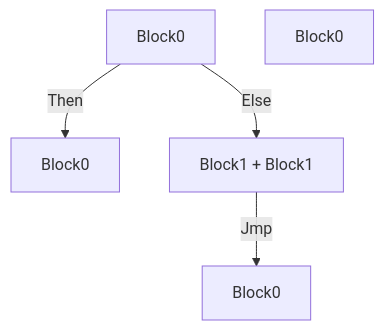
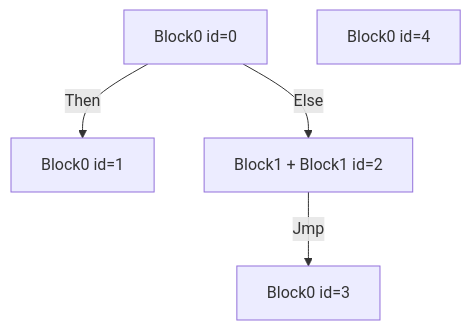
Before and after one commit to defkit/branching_overview: the eighth of 9 diagrams in README.md, drawn with Mermaid. The commit also changed other lines of this file, not shown here.

````diff
--- a/README.md
+++ b/README.md
@@ -90,7 +90,7 @@
 ```mermaid
 graph TD;
-    b0[Block0]-->|Then| b1[Block0]
-    b0[Block0]-->|Else| b2[Block1 + Block1]
-    b2-->|Jmp| b3[Block0]
-    b4[Block0]
+    b0[Block0 id=0]-->|Then| b1[Block0 id=1]
+    b0[Block0 id=0]-->|Else| b2[Block1 + Block1 id=2]
+    b2-->|Jmp| b3[Block0 id=3]
+    b4[Block0 id=4]
 ```
````
